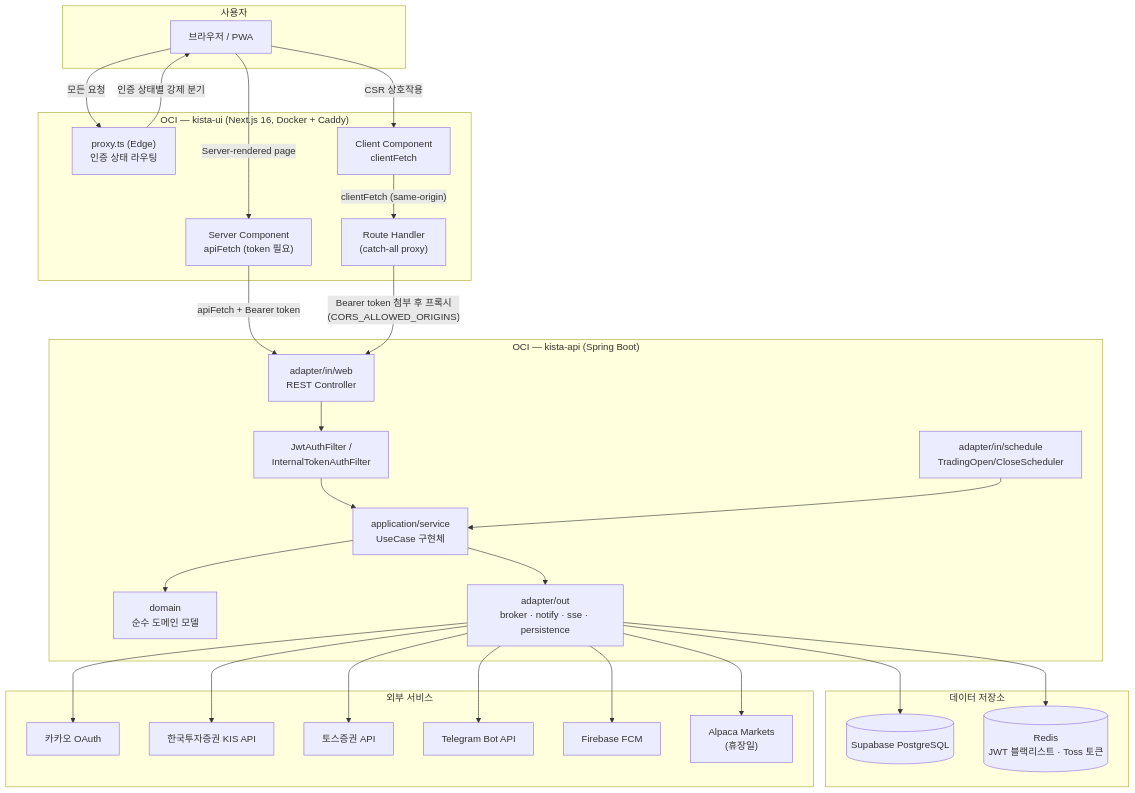
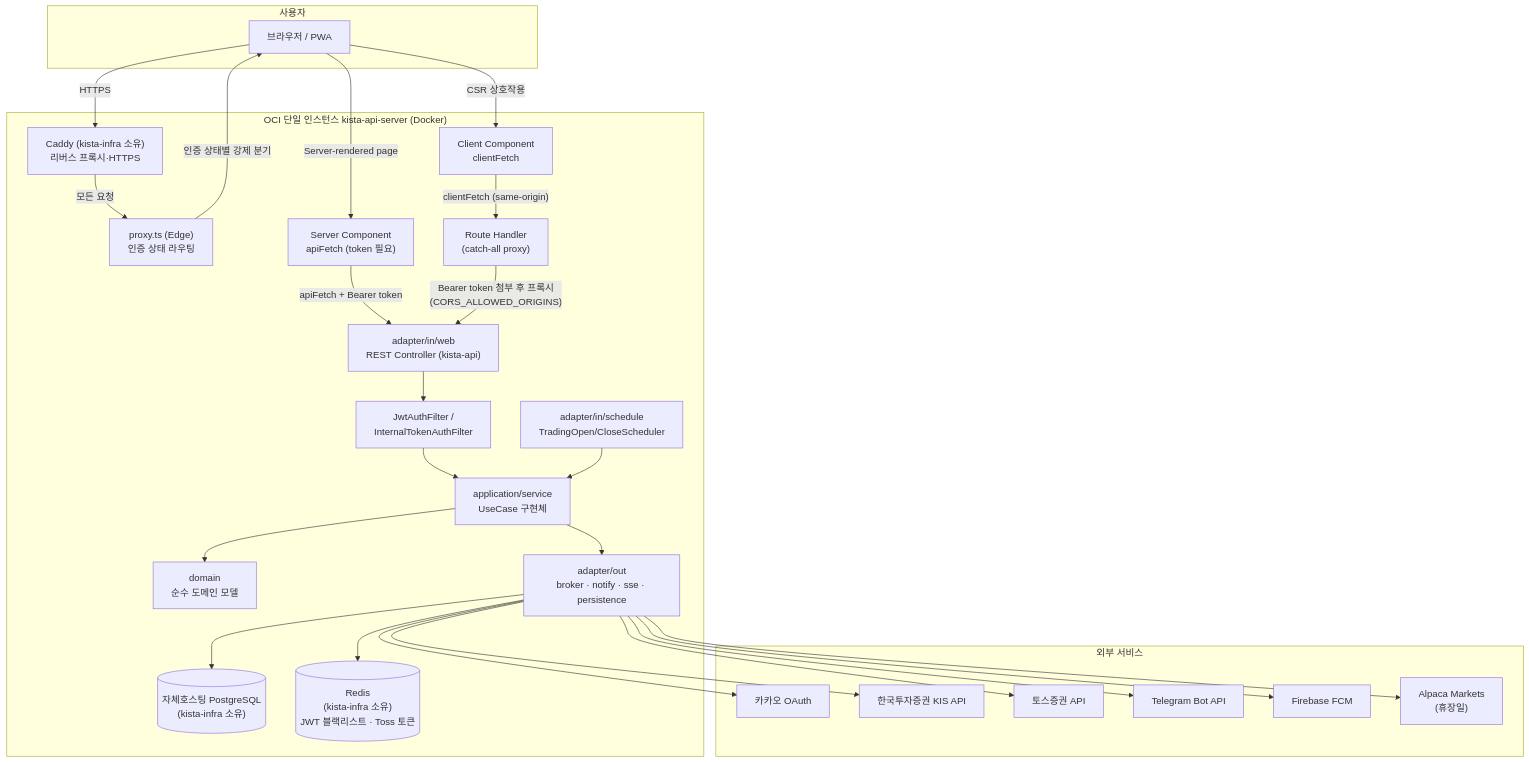
The first of 4 diagrams in README.md (narafu/kista-ui), drawn with Mermaid before and after one commit. The commit also changed other lines of this file and 6 other files, not shown here.

First line of the commit message:
docs: 인프라 문서를 실제 OCI 단일 인스턴스 상태로 최신화 + 중복·죽은 내용 정리

````diff
--- a/README.md
+++ b/README.md
@@ -19,58 +19,54 @@
 ```mermaid
 graph TB
     subgraph Client["사용자"]
         Browser["브라우저 / PWA"]
     end
 
-    subgraph OCIUI["OCI — kista-ui (Next.js 16, Docker + Caddy)"]
+    subgraph Instance["OCI 단일 인스턴스 kista-api-server (Docker)"]
+        Caddy["Caddy (kista-infra 소유)<br/>리버스 프록시·HTTPS"]
         Proxy["proxy.ts (Edge)<br/>인증 상태 라우팅"]
         RSC["Server Component<br/>apiFetch (token 필요)"]
         RouteHandler["Route Handler<br/>(catch-all proxy)"]
         ClientComp["Client Component<br/>clientFetch"]
-    end
-
-    subgraph OCIAPI["OCI — kista-api (Spring Boot)"]
-        Web["adapter/in/web<br/>REST Controller"]
+        Web["adapter/in/web<br/>REST Controller (kista-api)"]
         Security["JwtAuthFilter /<br/>InternalTokenAuthFilter"]
         App["application/service<br/>UseCase 구현체"]
         Domain["domain<br/>순수 도메인 모델"]
         AdapterOut["adapter/out<br/>broker · notify · sse · persistence"]
         Scheduler["adapter/in/schedule<br/>TradingOpen/CloseScheduler"]
-    end
-
-    subgraph Data["데이터 저장소"]
-        PG[("Supabase PostgreSQL")]
-        Redis[("Redis<br/>JWT 블랙리스트 · Toss 토큰")]
+        PG[("자체호스팅 PostgreSQL<br/>(kista-infra 소유)")]
+        Redis[("Redis<br/>(kista-infra 소유)<br/>JWT 블랙리스트 · Toss 토큰")]
     end
 
     subgraph External["외부 서비스"]
         Kakao["카카오 OAuth"]
         KIS["한국투자증권 KIS API"]
         Toss["토스증권 API"]
         Telegram["Telegram Bot API"]
         FCM["Firebase FCM"]
         Alpaca["Alpaca Markets<br/>(휴장일)"]
     end
 
-    Browser -->|"모든 요청"| Proxy
+    Browser -->|"HTTPS"| Caddy
+    Caddy -->|"모든 요청"| Proxy
     Proxy -->|"인증 상태별 강제 분기"| Browser
     Browser -->|"Server-rendered page"| RSC
     Browser -->|"CSR 상호작용"| ClientComp
 
     RSC -->|"apiFetch + Bearer token"| Web
     ClientComp -->|"clientFetch (same-origin)"| RouteHandler
     RouteHandler -->|"Bearer token 첨부 후 프록시<br/>(CORS_ALLOWED_ORIGINS)"| Web
 
     Web --> Security --> App --> Domain
     App --> AdapterOut
     Scheduler --> App
 
     AdapterOut --> PG
     AdapterOut --> Redis
     AdapterOut --> Kakao
     AdapterOut --> KIS
     AdapterOut --> Toss
     AdapterOut --> Telegram
     AdapterOut --> FCM
     AdapterOut --> Alpaca
 ```
````
